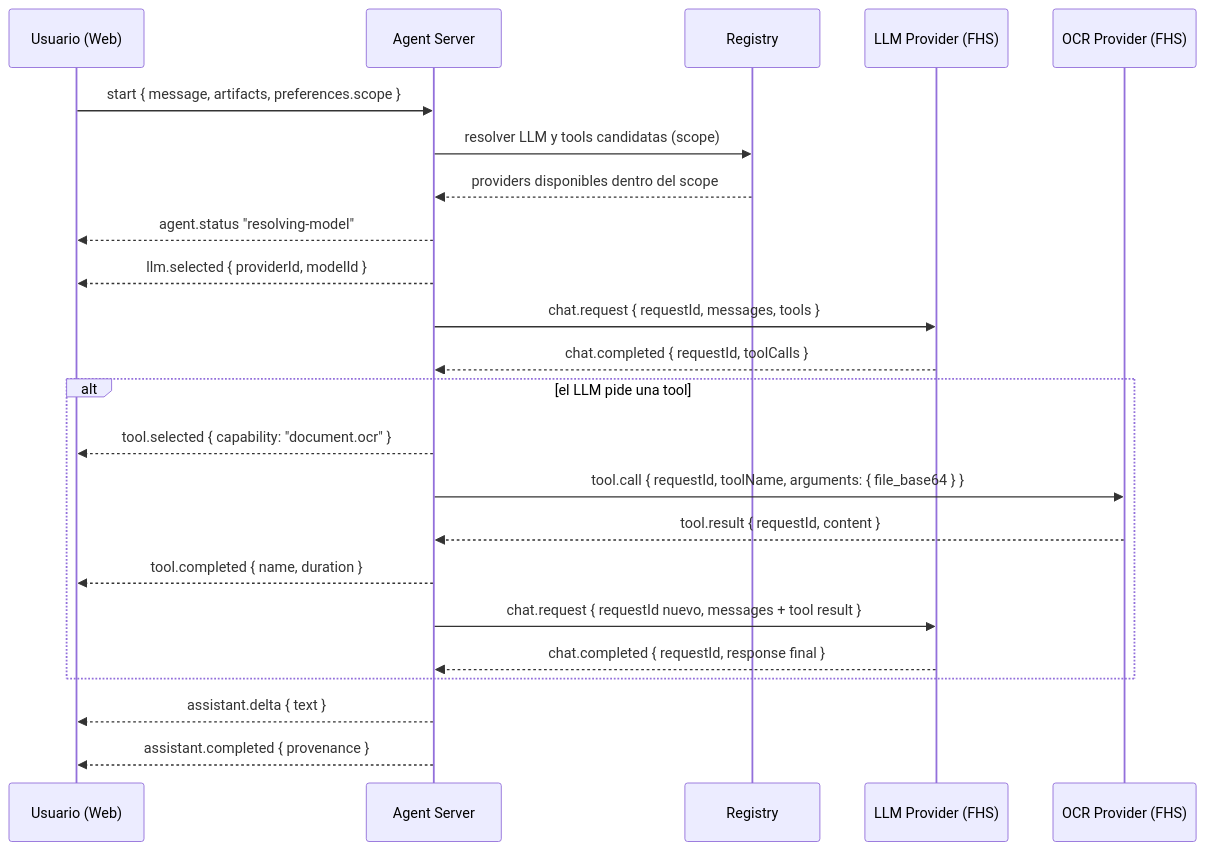
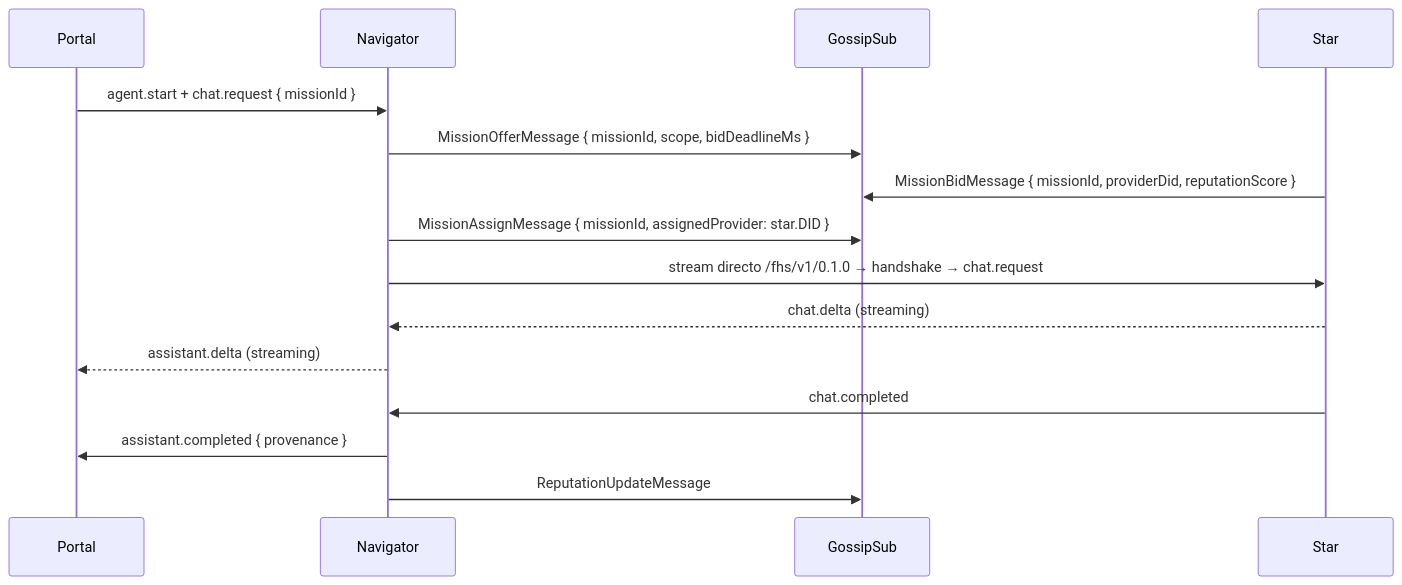
Before and after one commit to rafex/galaxIA: the third of 3 diagrams in site/protocolo.md, drawn with Mermaid. The commit also changed other lines of this file and 25 other files, not shown here.

````diff
--- a/site/protocolo.md
+++ b/site/protocolo.md
@@ -101,29 +98,18 @@
 ```mermaid
 sequenceDiagram
-    participant U as Usuario (Web)
-    participant AS as Agent Server
-    participant REG as Registry
-    participant LLM as LLM Provider (FHS)
-    participant OCR as OCR Provider (FHS)
+    participant Po as Portal
+    participant NAV as Navigator
+    participant G as GossipSub
+    participant S as Star
 
-    U->>AS: start { message, artifacts, preferences.scope }
-    AS->>REG: resolver LLM y tools candidatas (scope)
-    REG-->>AS: providers disponibles dentro del scope
-    AS-->>U: agent.status "resolving-model"
-    AS-->>U: llm.selected { providerId, modelId }
-
-    AS->>LLM: chat.request { requestId, messages, tools }
-    LLM-->>AS: chat.completed { requestId, toolCalls }
-
-    alt el LLM pide una tool
-        AS-->>U: tool.selected { capability: "document.ocr" }
-        AS->>OCR: tool.call { requestId, toolName, arguments: { file_base64 } }
-        OCR-->>AS: tool.result { requestId, content }
-        AS-->>U: tool.completed { name, duration }
-        AS->>LLM: chat.request { requestId nuevo, messages + tool result }
-        LLM-->>AS: chat.completed { requestId, response final }
-    end
-
-    AS-->>U: assistant.delta { text }
-    AS-->>U: assistant.completed { provenance }
+    Po->>NAV: agent.start + chat.request { missionId }
+    NAV->>G: MissionOfferMessage { missionId, scope, bidDeadlineMs }
+    S->>G: MissionBidMessage { missionId, providerDid, reputationScore }
+    NAV->>G: MissionAssignMessage { missionId, assignedProvider: star.DID }
+    NAV->>S: stream directo /fhs/v1/0.1.0 → handshake → chat.request
+    S-->>NAV: chat.delta (streaming)
+    NAV-->>Po: assistant.delta (streaming)
+    S->>NAV: chat.completed
+    NAV->>Po: assistant.completed { provenance }
+    NAV->>G: ReputationUpdateMessage
 ```
````
